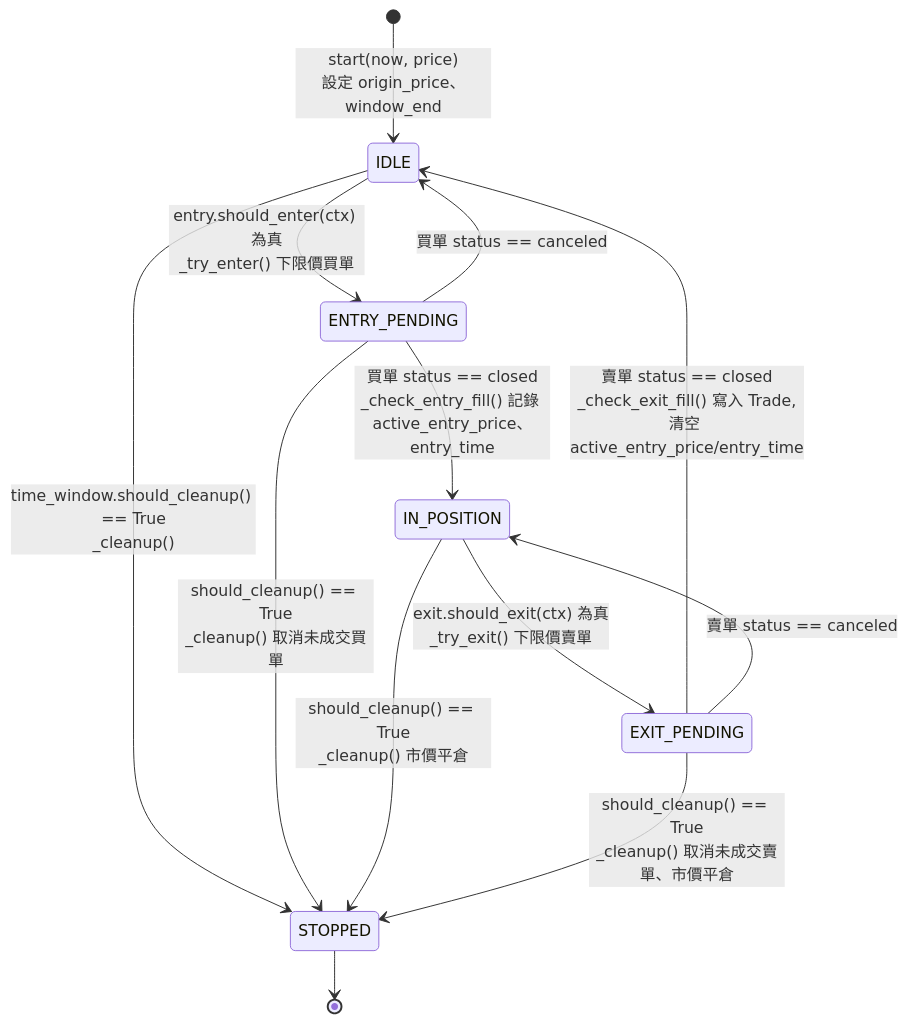
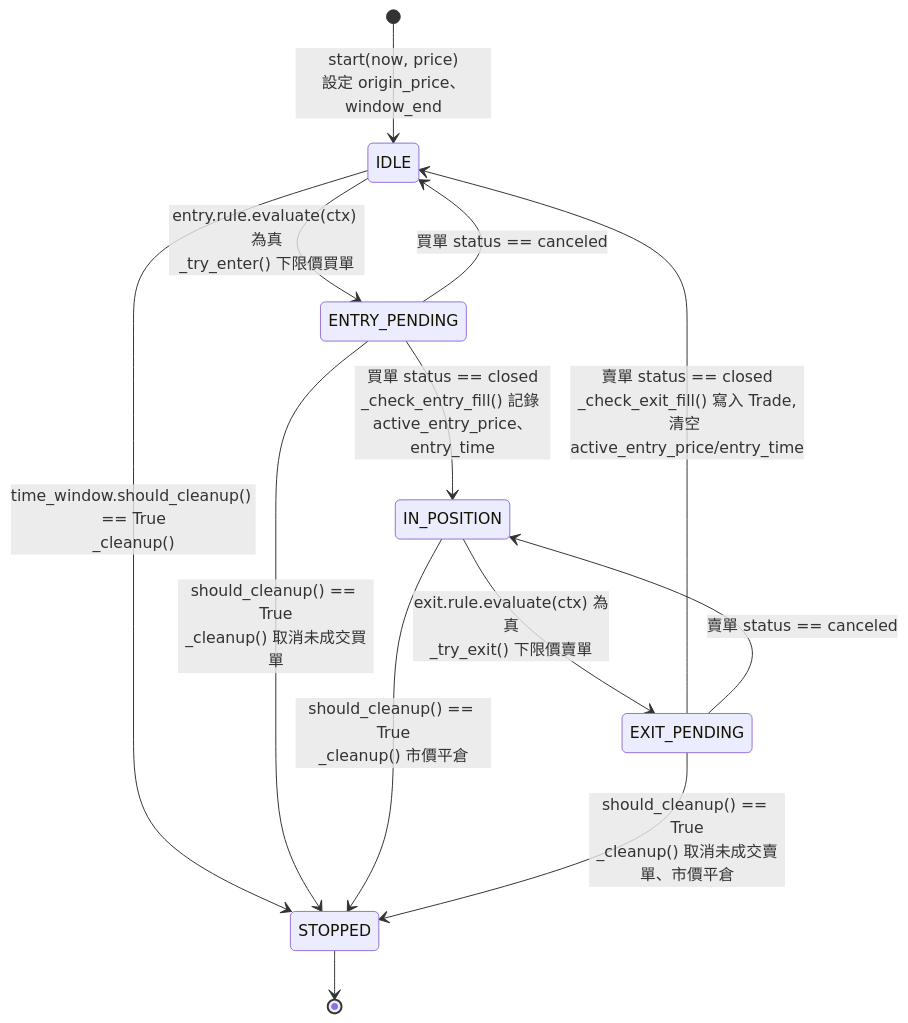
The second of 2 diagrams in docs/ARCHITECTURE.md (youcoolFa/strategy_lab), drawn with Mermaid before and after one commit. The commit also changed other lines of this file and 17 other files, not shown here.

````diff
--- a/docs/ARCHITECTURE.md
+++ b/docs/ARCHITECTURE.md
@@ -75,19 +102,19 @@
 ```mermaid
 stateDiagram-v2
     [*] --> IDLE: start(now, price)<br/>設定 origin_price、window_end
 
-    IDLE --> ENTRY_PENDING: entry.should_enter(ctx) 為真<br/>_try_enter() 下限價買單
+    IDLE --> ENTRY_PENDING: entry.rule.evaluate(ctx) 為真<br/>_try_enter() 下限價買單
     ENTRY_PENDING --> IN_POSITION: 買單 status == closed<br/>_check_entry_fill() 記錄 active_entry_price、entry_time
     ENTRY_PENDING --> IDLE: 買單 status == canceled
 
-    IN_POSITION --> EXIT_PENDING: exit.should_exit(ctx) 為真<br/>_try_exit() 下限價賣單
+    IN_POSITION --> EXIT_PENDING: exit.rule.evaluate(ctx) 為真<br/>_try_exit() 下限價賣單
     EXIT_PENDING --> IDLE: 賣單 status == closed<br/>_check_exit_fill() 寫入 Trade,清空 active_entry_price/entry_time
     EXIT_PENDING --> IN_POSITION: 賣單 status == canceled
 
     IDLE --> STOPPED: time_window.should_cleanup() == True<br/>_cleanup()
     ENTRY_PENDING --> STOPPED: should_cleanup() == True<br/>_cleanup() 取消未成交買單
     IN_POSITION --> STOPPED: should_cleanup() == True<br/>_cleanup() 市價平倉
     EXIT_PENDING --> STOPPED: should_cleanup() == True<br/>_cleanup() 取消未成交賣單、市價平倉
 
     STOPPED --> [*]
 ```
````
